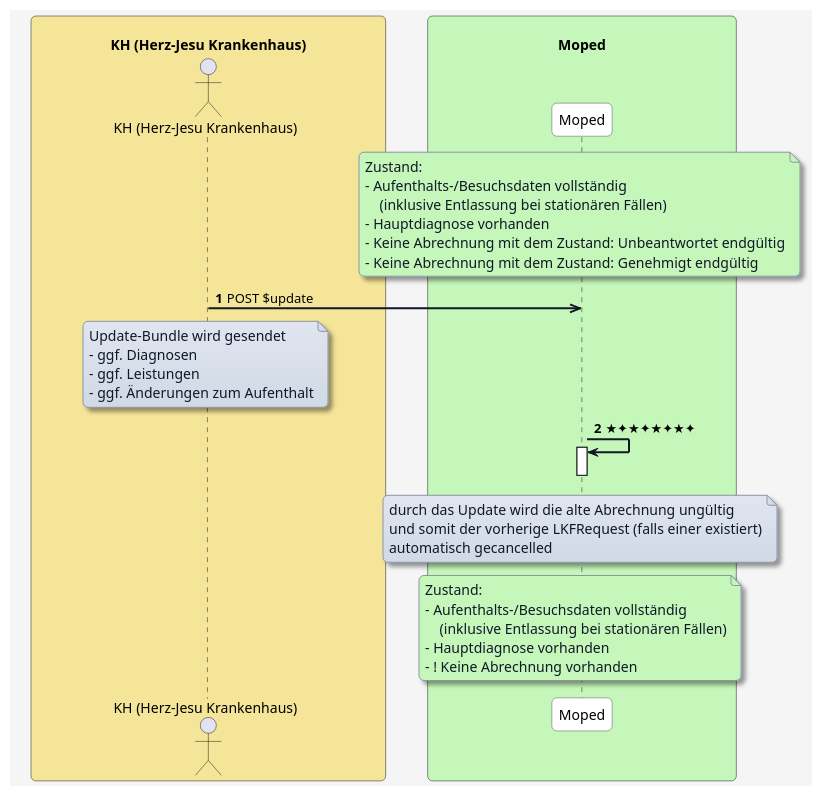
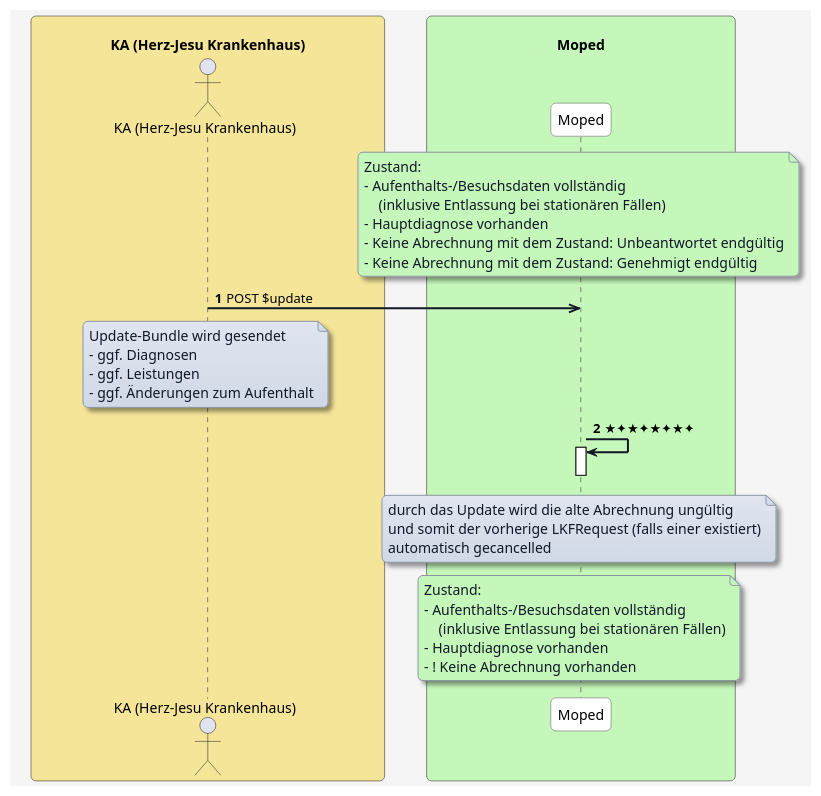
One commit to HL7Austria/ELGA-MOPED-R5 changed the diagram in plantuml/moped-fall-abrechnen/update-aenderung-nach-abrechnung.plantuml. Above: the diagram before and after it, drawn with PlantUML. The commit also changed 184 other files, not shown here.

```diff
--- a/plantuml/moped-fall-abrechnen/update-aenderung-nach-abrechnung.plantuml
+++ b/plantuml/moped-fall-abrechnen/update-aenderung-nach-abrechnung.plantuml
@@ -1,88 +1,88 @@
 @startuml
 skinparam borderColor #000000
 skinparam backgroundColor #f5f5f5
 skinparam shadowing false
 skinparam roundCorner 10
 skinparam defaultFontName "Arial"
 skinparam defaultFontSize 14
 skinparam defaultFontColor #000000
 
 skinparam note {
   BackgroundColor #e0e5f0-#d1d9e6
   BorderColor #8b95a5
   BorderThickness 1
   RoundCorner 8
   Padding 6
   FontColor #111827
   Shadowing true
 }
 
 skinparam HyperlinkColor #0000EE
 skinparam HyperlinkUnderline false
 
 skinparam sequence {
   ParticipantBorderColor #555555
   ParticipantBackgroundColor #ffffff
   ParticipantFontColor #000000
   ParticipantFontSize 14
   ParticipantPadding 20
   ArrowColor #111827
   ArrowThickness 2
   ArrowFontColor #000000
   ArrowFontSize 13
   GroupBorderColor #111827
   GroupBackgroundColor #f3f4f6
   GroupBorderThickness 1
 }
 
 skinparam BoxPadding 20
 skinparam BoxBorderColor #555555
 
-box "\n                     KH (Herz-Jesu Krankenhaus)                     " #f5e599
-  actor KH as "KH (Herz-Jesu Krankenhaus)"
+box "\n                     KA (Herz-Jesu Krankenhaus)                     " #f5e599
+  actor KA as "KA (Herz-Jesu Krankenhaus)"
 end box
 
 box "\n                                   Moped                                   " #c5f7ba
   participant MP as "Moped"
 end box
 
 
 autonumber
 
 note over MP #c5f7ba
 Zustand:
 - Aufenthalts-/Besuchsdaten vollständig
     (inklusive Entlassung bei stationären Fällen)
 - Hauptdiagnose vorhanden
 - Keine Abrechnung mit dem Zustand: Unbeantwortet endgültig
 - Keine Abrechnung mit dem Zustand: Genehmigt endgültig
 end note
 
-KH ->> MP: POST $update
+KA ->> MP: POST $update
 
-note over KH
+note over KA
 Update-Bundle wird gesendet
 - ggf. Diagnosen
 - ggf. Leistungen
 - ggf. Änderungen zum Aufenthalt
 end note
 
 MP -> MP: ★✦★✦★✦★✦
 activate MP
 deactivate MP
 
 note over MP
 durch das Update wird die alte Abrechnung ungültig
 und somit der vorherige LKFRequest (falls einer existiert)
 automatisch gecancelled
 end note
 
 note over MP #c5f7ba
 Zustand:
 - Aufenthalts-/Besuchsdaten vollständig
     (inklusive Entlassung bei stationären Fällen)
 - Hauptdiagnose vorhanden
 - ! Keine Abrechnung vorhanden
 end note
 
 @enduml
```
